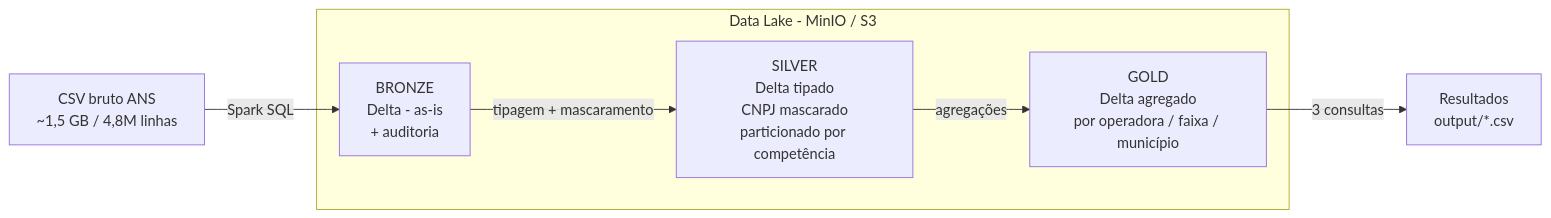
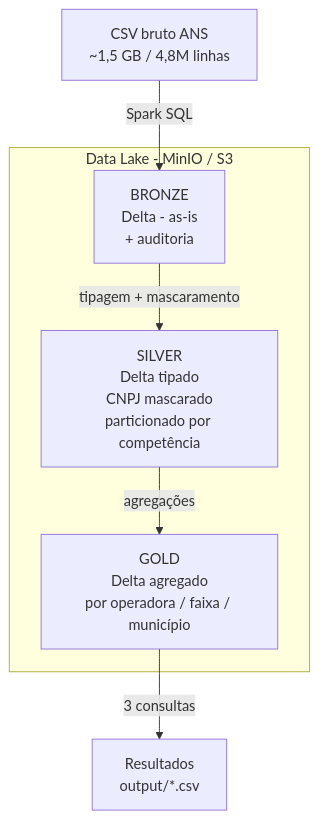
The first of 2 diagrams in README.md (DiogoBueno7/case-engenheiro-de-dados-ans), drawn with Mermaid before and after one commit.

Commit message:
ajuste mermaid readme

````diff
--- a/README.md
+++ b/README.md
@@ -28,14 +28,14 @@
 ```mermaid
-flowchart LR
+flowchart TB
     CSV[CSV bruto ANS<br/>~1,5 GB / 4,8M linhas] -->|Spark SQL| B
 
     subgraph LAKE[Data Lake - MinIO / S3]
         B[BRONZE<br/>Delta - as-is<br/>+ auditoria]
         S[SILVER<br/>Delta tipado<br/>CNPJ mascarado<br/>particionado por competência]
         G[GOLD<br/>Delta agregado<br/>por operadora / faixa / município]
     end
 
     B -->|tipagem + mascaramento| S
     S -->|agregações| G
     G -->|3 consultas| Q[Resultados<br/>output/*.csv]
 ```
````
